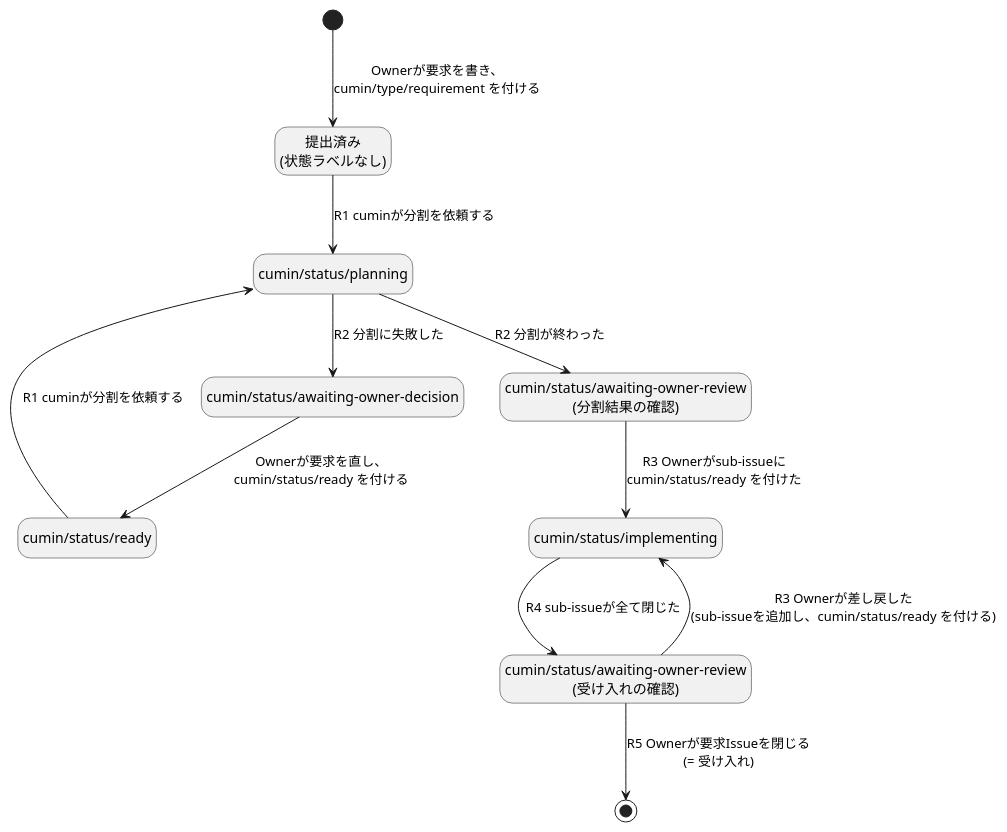
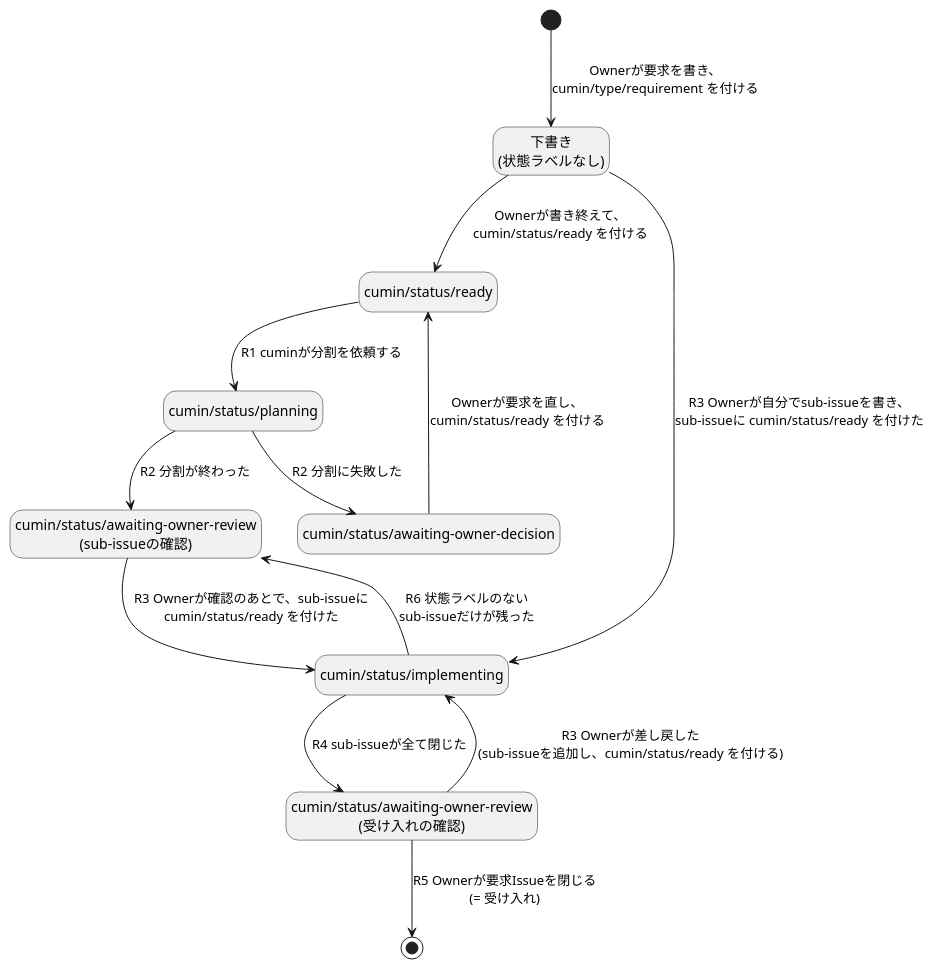
The diagram in docs/ja/requirements/workflow/requirement-issue-states.puml (cloveclovedev/cumin-works), drawn with PlantUML before and after one commit. The commit also changed 16 other files, not shown here.

```diff
--- a/docs/ja/requirements/workflow/requirement-issue-states.puml
+++ b/docs/ja/requirements/workflow/requirement-issue-states.puml
@@ -1,27 +1,29 @@
 @startuml requirement-issue-states
 ' cumin works v2 - 要求Issueの状態遷移
 ' 状態はGitHubのラベルで表す。遷移の番号 (R1など) は issue-states.md の表に対応する。
 ' SVGの書き出し: リポジトリの直下で scripts/render-diagrams.sh を実行する。
 
 hide empty description
 
-state "提出済み\n(状態ラベルなし)" as Submitted
+state "下書き\n(状態ラベルなし)" as Draft
 state "cumin/status/ready" as Ready
 state "cumin/status/planning" as Planning
-state "cumin/status/awaiting-owner-review\n(分割結果の確認)" as PlanReview
+state "cumin/status/awaiting-owner-review\n(sub-issueの確認)" as PlanReview
 state "cumin/status/implementing" as Implementing
 state "cumin/status/awaiting-owner-review\n(受け入れの確認)" as Acceptance
 state "cumin/status/awaiting-owner-decision" as Decision
 
-[*] --> Submitted : Ownerが要求を書き、\ncumin/type/requirement を付ける
-Submitted --> Planning : R1 cuminが分割を依頼する
+[*] --> Draft : Ownerが要求を書き、\ncumin/type/requirement を付ける
+Draft --> Ready : Ownerが書き終えて、\ncumin/status/ready を付ける
+Draft --> Implementing : R3 Ownerが自分でsub-issueを書き、\nsub-issueに cumin/status/ready を付けた
 Planning --> PlanReview : R2 分割が終わった
 Planning --> Decision : R2 分割に失敗した
 Decision --> Ready : Ownerが要求を直し、\ncumin/status/ready を付ける
 Ready --> Planning : R1 cuminが分割を依頼する
-PlanReview --> Implementing : R3 Ownerがsub-issueに\ncumin/status/ready を付けた
+PlanReview --> Implementing : R3 Ownerが確認のあとで、sub-issueに\ncumin/status/ready を付けた
 Implementing --> Acceptance : R4 sub-issueが全て閉じた
+Implementing --> PlanReview : R6 状態ラベルのない\nsub-issueだけが残った
 Acceptance --> Implementing : R3 Ownerが差し戻した\n(sub-issueを追加し、cumin/status/ready を付ける)
 Acceptance --> [*] : R5 Ownerが要求Issueを閉じる\n(= 受け入れ)
 
 @enduml
```
